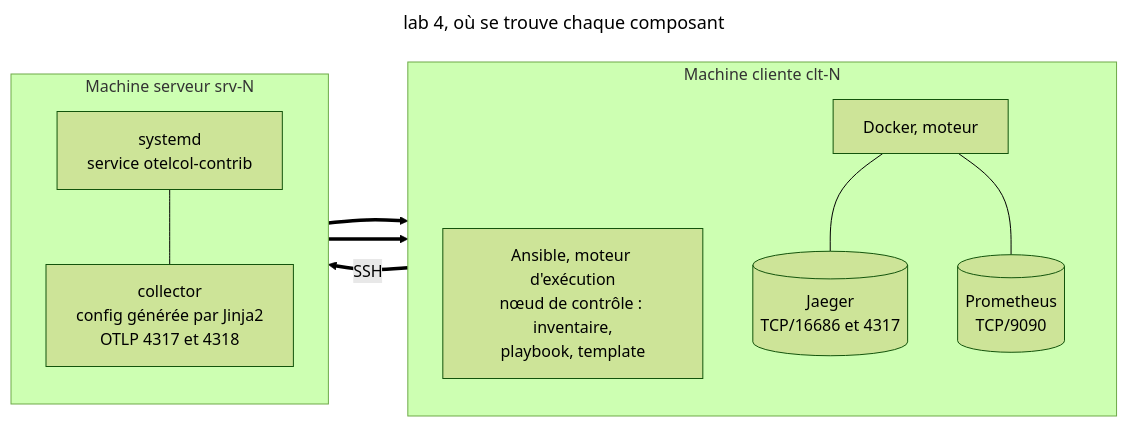
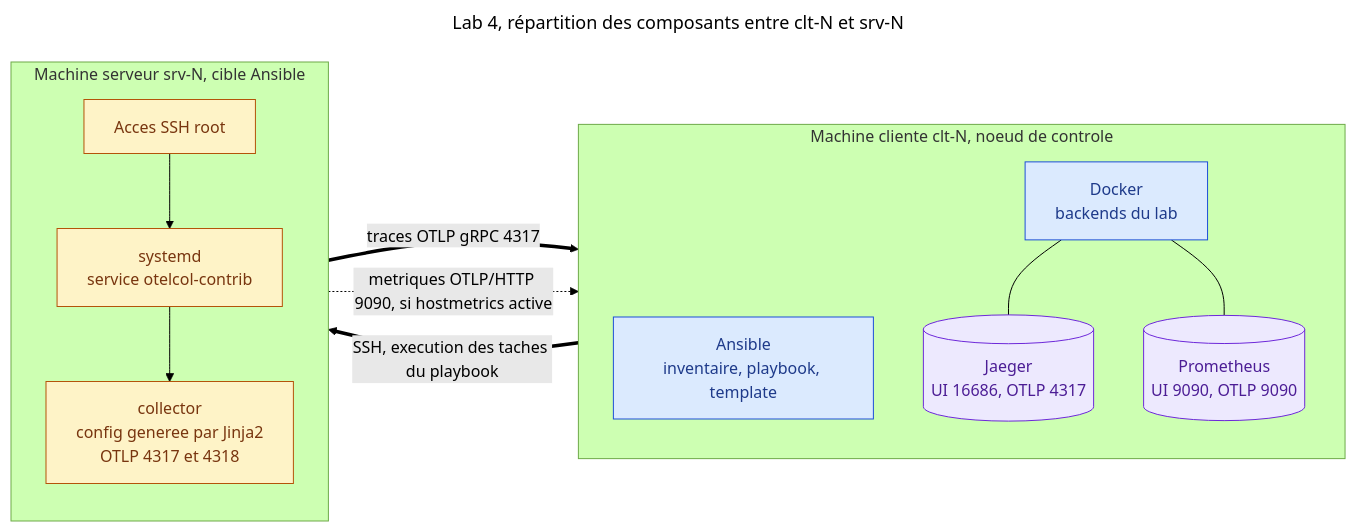
Before and after one commit to pragmatic-fermat/opentelemetry-labs: the first of 14 diagrams in Lab_04_Ansible_Jinja2.md, drawn with Mermaid (forest theme). The commit also changed other lines of this file, not shown here.

First line of the commit message:
lab 4 : reprise des schemas Mermaid et ajouts pour la comprehension

````diff
--- a/Lab_04_Ansible_Jinja2.md
+++ b/Lab_04_Ansible_Jinja2.md
@@ -58,26 +58,35 @@
 ```mermaid
 ---
-title: lab 4, où se trouve chaque composant
+title: Lab 4, répartition des composants entre clt-N et srv-N
 ---
 flowchart LR
-  subgraph CLT["Machine cliente clt-N"]
+  subgraph CLT["Machine cliente clt-N, noeud de controle"]
     direction TB
-    AN["Ansible, moteur d'exécution<br/>nœud de contrôle : inventaire,<br/>playbook, template"]
-    DK["Docker, moteur"]
-    J[("Jaeger<br/>TCP/16686 et 4317")]
-    P[("Prometheus<br/>TCP/9090")]
+    AN["Ansible<br/>inventaire, playbook, template"]
+    DK["Docker<br/>backends du lab"]
+    J[("Jaeger<br/>UI 16686, OTLP 4317")]
+    P[("Prometheus<br/>UI 9090, OTLP 9090")]
     DK --- J
     DK --- P
   end
 
-  subgraph SRV["Machine serveur srv-N"]
+  subgraph SRV["Machine serveur srv-N, cible Ansible"]
     direction TB
+    SH["Acces SSH root"]
     SY["systemd<br/>service otelcol-contrib"]
-    CO["collector<br/>config générée par Jinja2<br/>OTLP 4317 et 4318"]
-    SY --- CO
+    CO["collector<br/>config generee par Jinja2<br/>OTLP 4317 et 4318"]
+    SH --> SY --> CO
   end
 
-  AN ==>|SSH| SY
-  CO ==> J
-  CO ==> P
+  AN ==>|"SSH, execution des taches du playbook"| SH
+  CO ==>|"traces OTLP gRPC 4317"| J
+  CO -.->|"metriques OTLP/HTTP 9090, si hostmetrics active"| P
+
+  classDef ctrl fill:#dbeafe,stroke:#1d4ed8,color:#1e3a8a
+  classDef col fill:#fef3c7,stroke:#b45309,color:#78350f
+  classDef back fill:#ede9fe,stroke:#6d28d9,color:#4c1d95
+
+  class AN,DK ctrl
+  class SH,SY,CO col
+  class J,P back
 ```
````
